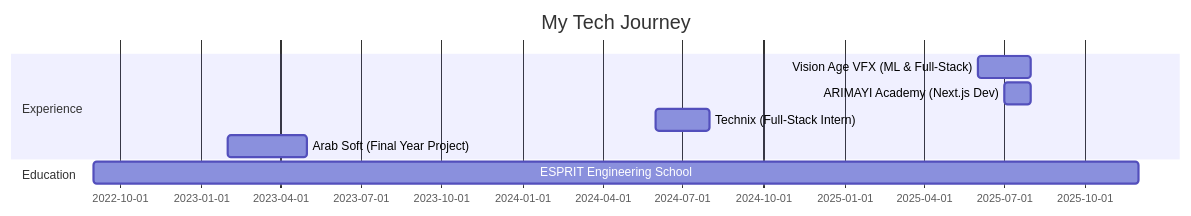
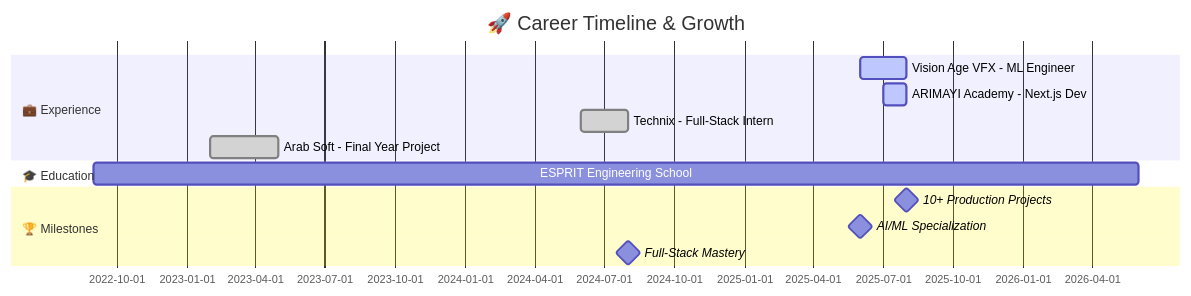
The diagram in readMe.md (DhiaGhouma/DhiaGhouma), drawn with Mermaid before and after one commit. The commit also changed other lines of this file, not shown here.

````diff
--- a/readMe.md
+++ b/readMe.md
@@ -234,12 +372,16 @@
 ```mermaid
 gantt
-    title My Tech Journey
-    dateFormat  YYYY-MM
-    section Experience
-    Vision Age VFX (ML & Full-Stack)    :2025-06, 2025-08
-    ARIMAYI Academy (Next.js Dev)       :2025-07, 2025-08
-    Technix (Full-Stack Intern)         :2024-06, 2024-08
-    Arab Soft (Final Year Project)      :2023-02, 2023-05
-    section Education
-    ESPRIT Engineering School           :2022-09, 2025-12
+    title 🚀 Career Timeline & Growth
+    dateFormat YYYY-MM
+    section 💼 Experience
+    Vision Age VFX - ML Engineer          :active, 2025-06, 2025-08
+    ARIMAYI Academy - Next.js Dev         :active, 2025-07, 2025-08
+    Technix - Full-Stack Intern           :done, 2024-06, 2024-08
+    Arab Soft - Final Year Project        :done, 2023-02, 2023-05
+    section 🎓 Education
+    ESPRIT Engineering School             :2022-09, 2026-06
+    section 🏆 Milestones
+    10+ Production Projects               :milestone, 2025-08, 0d
+    AI/ML Specialization                  :milestone, 2025-06, 0d
+    Full-Stack Mastery                    :milestone, 2024-08, 0d
 ```
````
